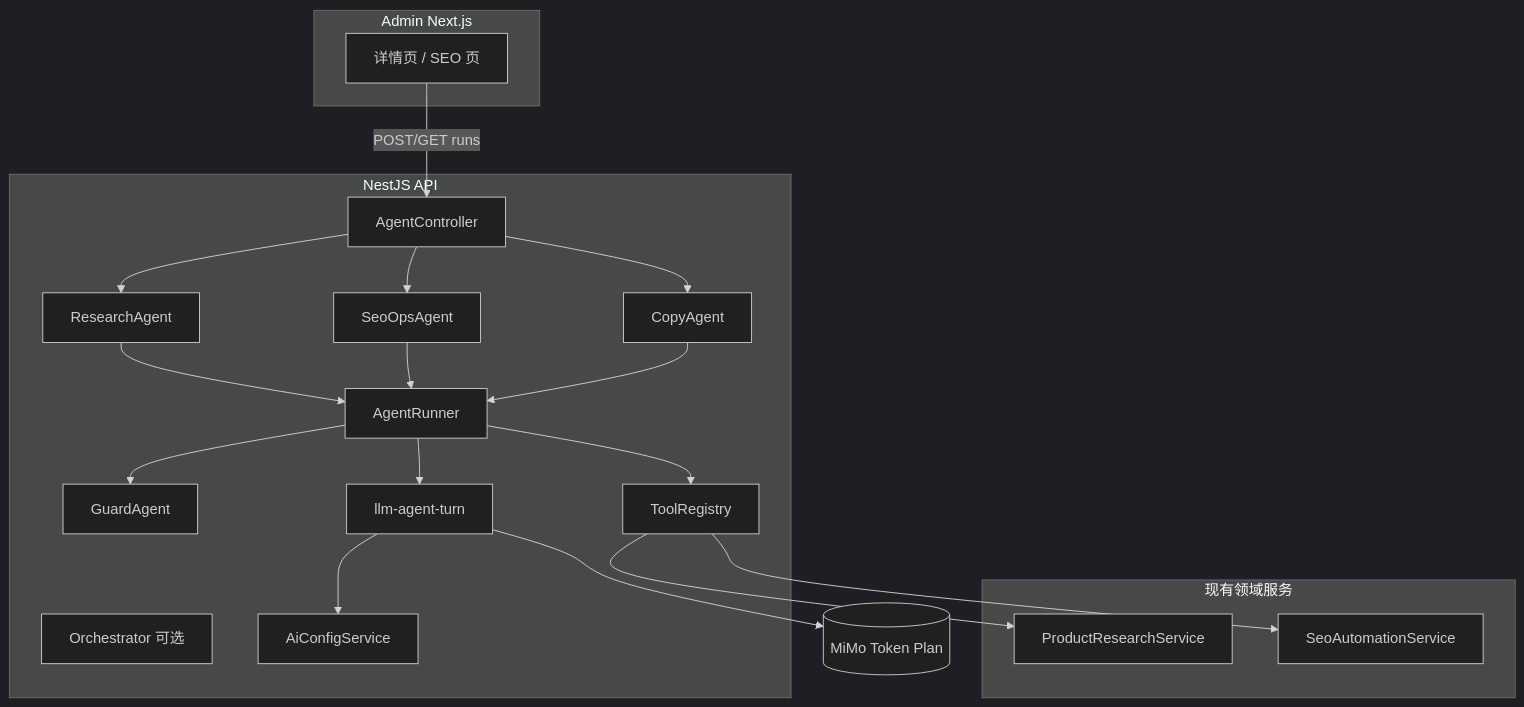
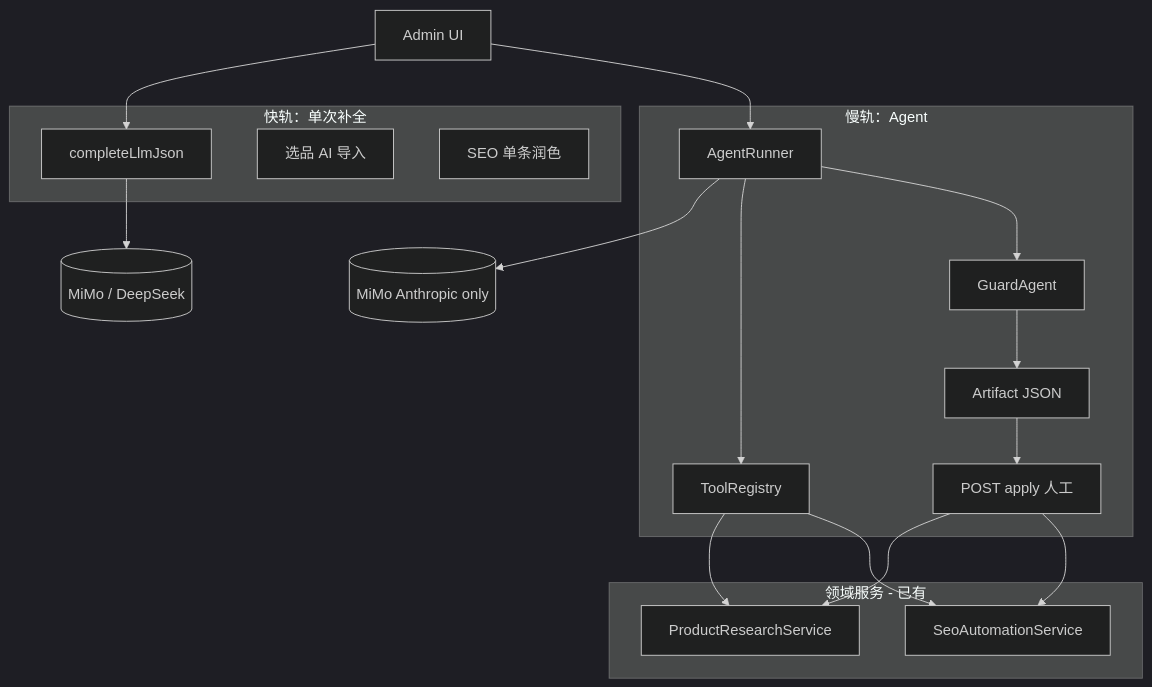
One commit to ruirui-wang-study/HighFashion changed the third of 5 diagrams in docs/admin-ai-agent-design.md. Above: the diagram before and after it, drawn with Mermaid (dark theme). The commit also changed other lines of this file and 110 other files, not shown here.

````diff
--- a/docs/admin-ai-agent-design.md
+++ b/docs/admin-ai-agent-design.md
@@ -110,39 +175,34 @@
 ```mermaid
 flowchart TB
-  subgraph admin [Admin Next.js]
-    UI[详情页 / SEO 页]
+  subgraph fast [快轨：单次补全]
+    JSON[completeLlmJson]
+    PR_GEN[选品 AI 导入]
+    SEO_RW[SEO 单条润色]
   end
 
-  subgraph api [NestJS API]
-    GW[AgentController]
-    ORCH[Orchestrator 可选]
-    R[ResearchAgent]
-    S[SeoOpsAgent]
-    C[CopyAgent]
-    G[GuardAgent]
+  subgraph slow [慢轨：Agent]
     RUN[AgentRunner]
     TOOLS[ToolRegistry]
-    TURN[llm-agent-turn]
-    CFG[AiConfigService]
+    GUARD[GuardAgent]
+    ART[Artifact JSON]
+    APPLY[POST apply 人工]
   end
 
-  subgraph domain [现有领域服务]
-    PR[ProductResearchService]
-    SEO[SeoAutomationService]
+  subgraph domain [领域服务 - 已有]
+    PRS[ProductResearchService]
+    SEOS[SeoAutomationService]
   end
 
-  UI -->|POST/GET runs| GW
-  GW --> R
-  GW --> S
-  GW --> C
-  R --> RUN
-  S --> RUN
-  C --> RUN
-  RUN --> TURN
+  AdminUI[Admin UI] --> JSON
+  AdminUI --> RUN
+  JSON --> MiMo[(MiMo / DeepSeek)]
+  RUN --> MiMoAnth[(MiMo Anthropic only)]
   RUN --> TOOLS
-  RUN --> G
-  TOOLS --> PR
-  TOOLS --> SEO
-  TURN --> CFG
-  TURN --> MiMo[(MiMo Token Plan)]
+  TOOLS --> PRS
+  TOOLS --> SEOS
+  RUN --> GUARD
+  GUARD --> ART
+  ART --> APPLY
+  APPLY --> PRS
+  APPLY --> SEOS
 ```
````
